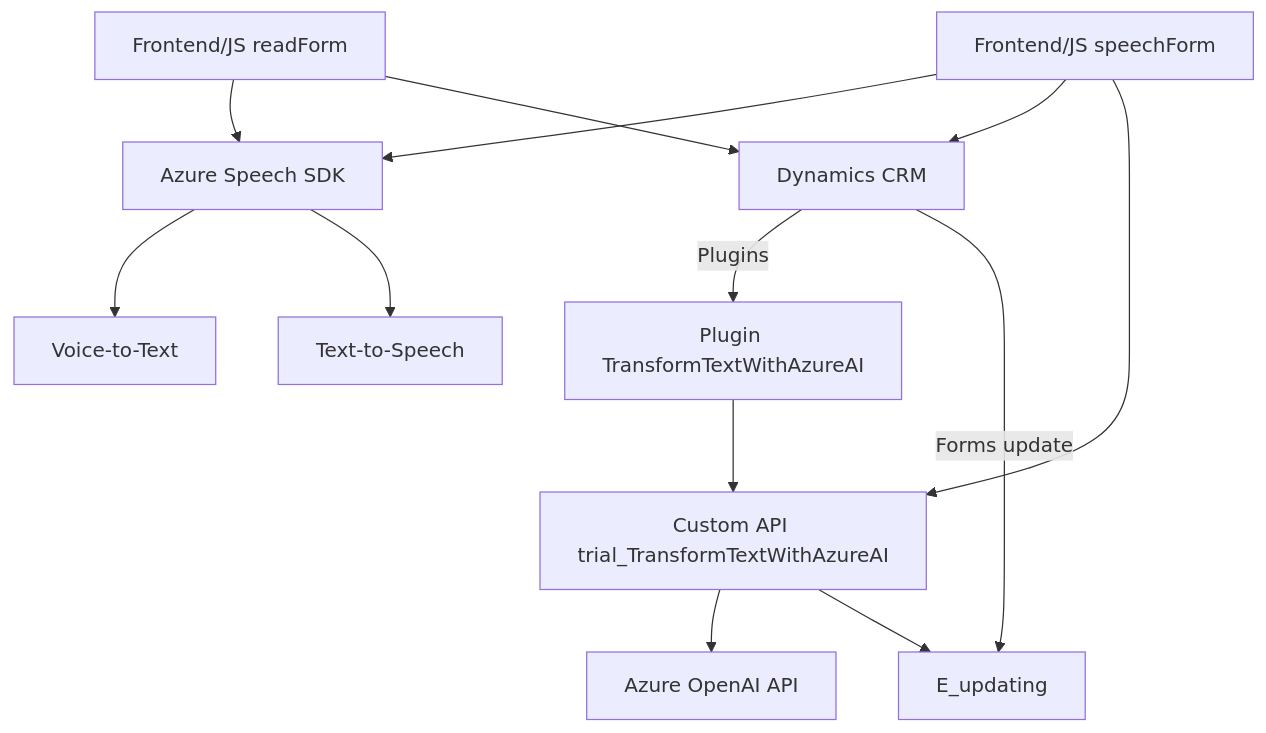
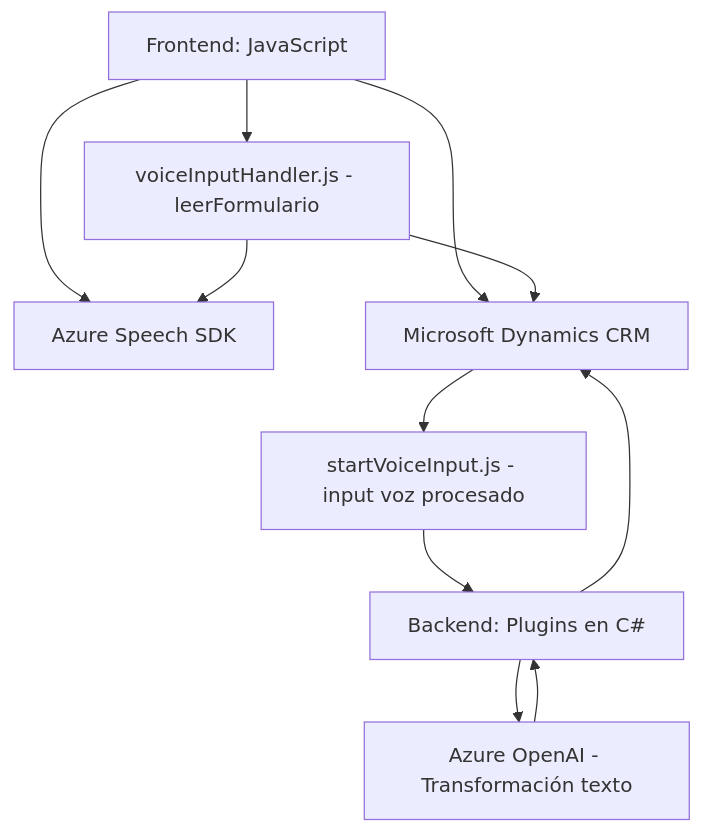
One commit to blopezdm/NETCORE_BILBAO2025 changed the diagram in README.md. Above: the diagram before and after it, drawn with Mermaid. The commit also changed other lines of this file, not shown here.

````diff
--- a/README.md
+++ b/README.md
@@ -47,23 +48,14 @@
 ```mermaid
 graph TD
-    A["Frontend/JS readForm"]
-    B["Frontend/JS speechForm"]
-    C["Plugin TransformTextWithAzureAI"]
-    D["Azure Speech SDK"]
-    E["Dynamics CRM"]
-    F["Custom API trial_TransformTextWithAzureAI"]
-    G["Azure OpenAI API"]
-
-    A --> D
-    A --> E
-    B --> D
-    B --> E
-    B --> F
-    F --> G
-    E -->|Plugins| C
-    C --> F
-    E -->|Forms update| E_updating
-    F --> E_updating
-    D --> A_T2V["Voice-to-Text"]
-    D --> B_TTS["Text-to-Speech"]
+    A["Frontend: JavaScript"] --> B["Azure Speech SDK"]
+    A --> C["Microsoft Dynamics CRM"]
+    A --> D["voiceInputHandler.js - leerFormulario"]
+    D --> C
+    D --> B
+    E["startVoiceInput.js - input voz procesado"]
+    C --> E
+    E --> F["Backend: Plugins en C#"]
+    F --> G["Azure OpenAI - Transformación texto"]
+    F --> C
+    G --> F
 ```
````
